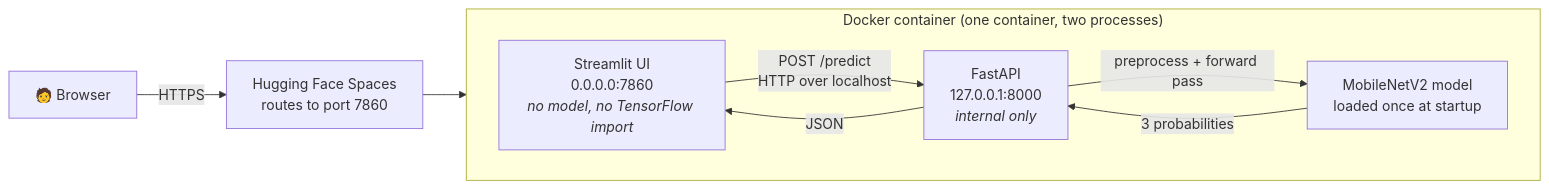
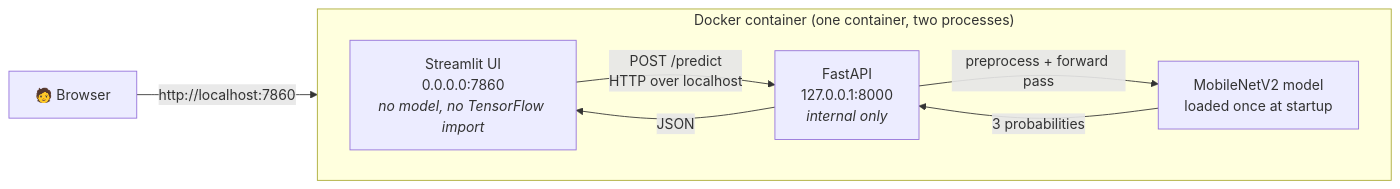
The first of 2 diagrams in README.md (HansTeee/corn-disease-ml-app), drawn with Mermaid before and after one commit. The commit also changed other lines of this file and 2 other files, not shown here.

First line of the commit message:
Remove HF Spaces deploy, update README for GitHub

````diff
--- a/README.md
+++ b/README.md
@@ -48,15 +28,14 @@
 ```mermaid
 flowchart LR
-    U["🧑 Browser"] -->|"HTTPS"| HF["Hugging Face Spaces<br/>routes to port 7860"]
+    U["🧑 Browser"] -->|"http://localhost:7860"| S
     subgraph C["Docker container (one container, two processes)"]
         direction LR
         S["Streamlit UI<br/>0.0.0.0:7860<br/><i>no model, no TensorFlow import</i>"]
         A["FastAPI<br/>127.0.0.1:8000<br/><i>internal only</i>"]
         M["MobileNetV2 model<br/>loaded once at startup"]
         S -->|"POST /predict<br/>HTTP over localhost"| A
         A -->|"preprocess + forward pass"| M
         M -->|"3 probabilities"| A
         A -->|"JSON"| S
     end
-    HF --> S
 ```
````
